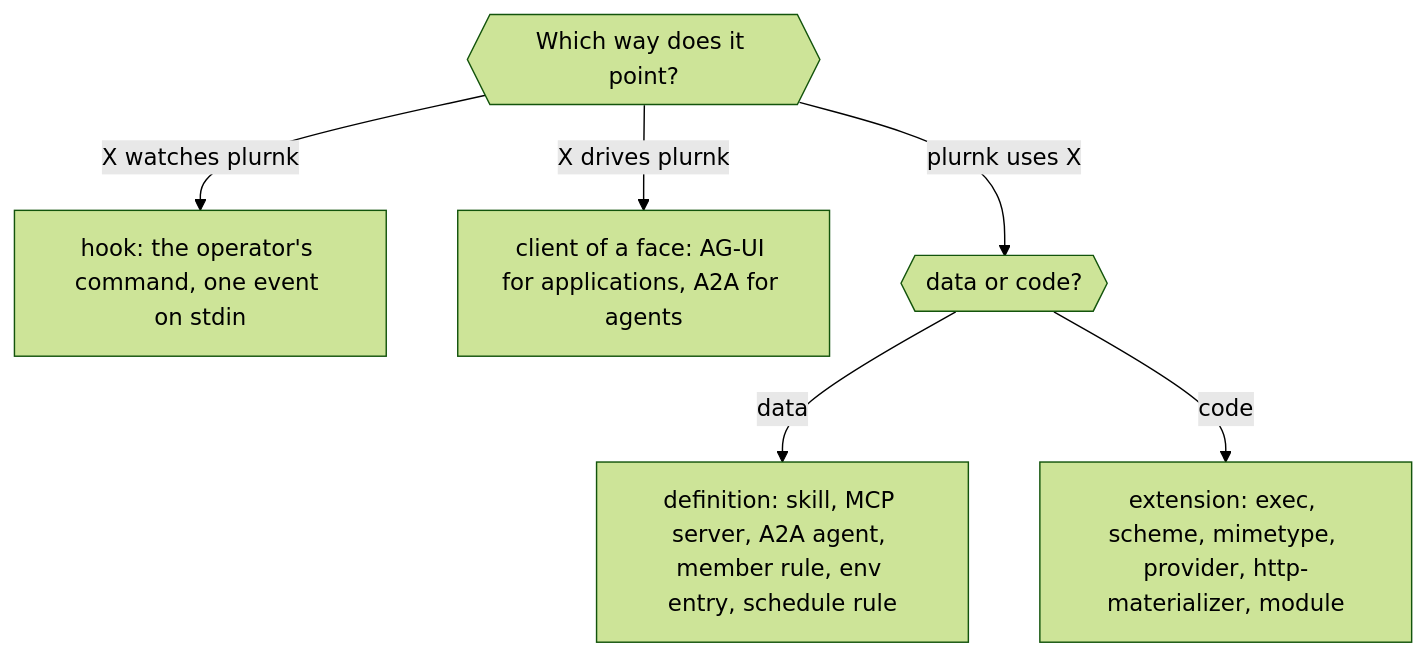
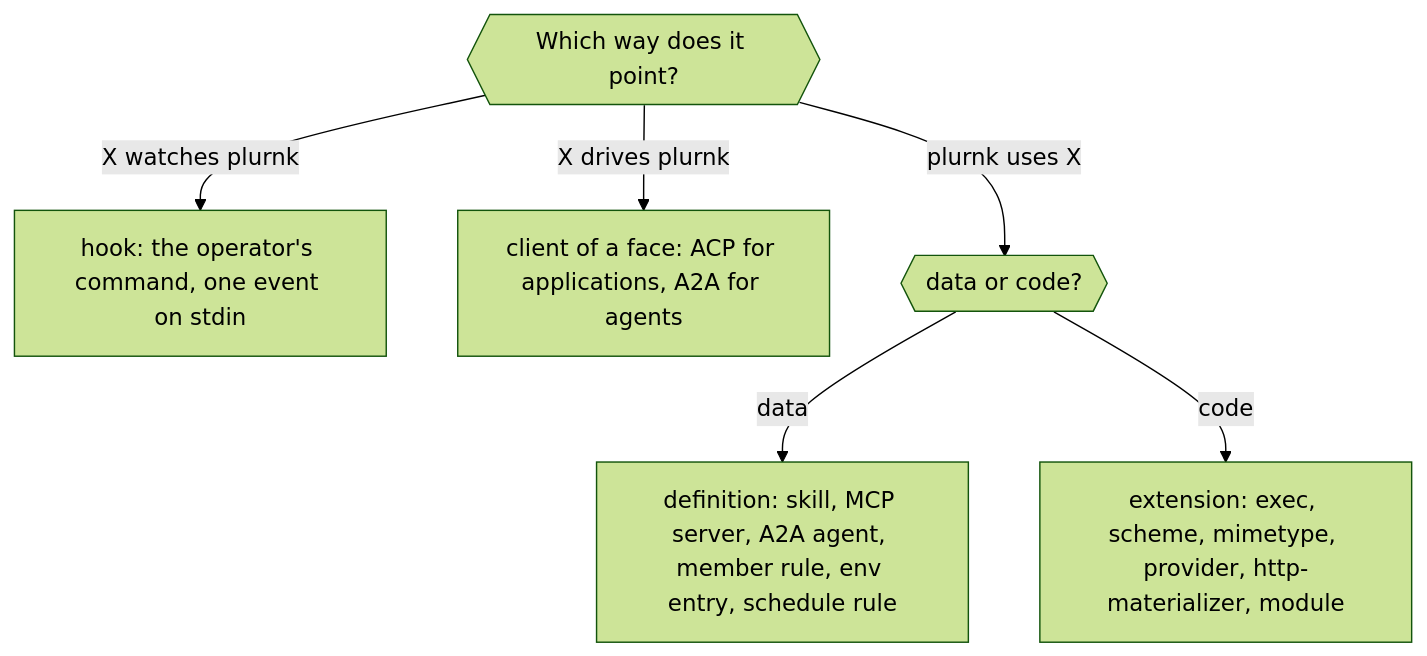
One commit to plurnk/plurnk-service changed the third of 5 diagrams in ARCHITECTURE.md. Above: the diagram before and after it, drawn with Mermaid (forest theme). The commit also changed other lines of this file and 278 other files, not shown here.

Commit message:
refactor(acp): complete client parity in plurnk-acp and retire plurnk-agui (#1232)

````diff
--- a/ARCHITECTURE.md
+++ b/ARCHITECTURE.md
@@ -155,9 +154,9 @@
 ```mermaid
 flowchart TD
     Q{{"Which way does it point?"}}
     Q -->|"X watches plurnk"| H["hook: the operator's command, one event on stdin"]
-    Q -->|"X drives plurnk"| F["client of a face: AG-UI for applications, A2A for agents"]
+    Q -->|"X drives plurnk"| F["client of a face: ACP for applications, A2A for agents"]
     Q -->|"plurnk uses X"| U{{"data or code?"}}
     U -->|data| D["definition: skill, MCP server, A2A agent, member rule, env entry, schedule rule"]
     U -->|code| E["extension: exec, scheme, mimetype, provider, http-materializer, module"]
 ```
````
